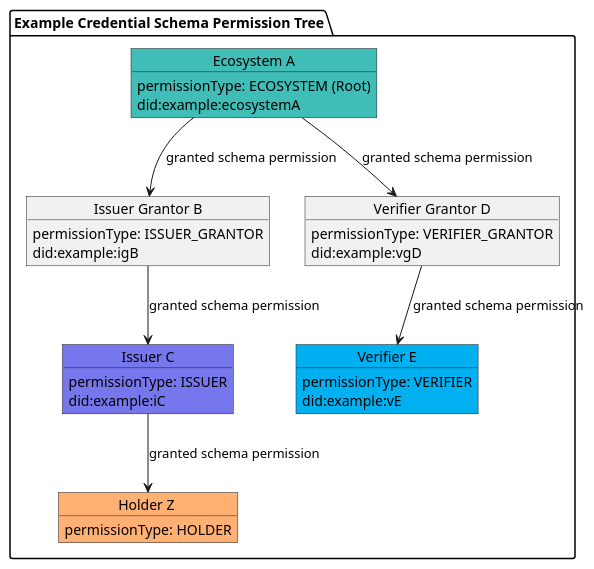
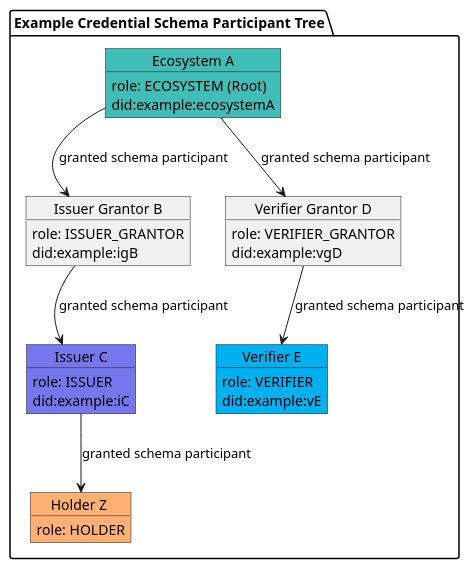
One commit to verana-labs/verifiable-trust-spec changed the third of 6 diagrams in spec.md. Above: the diagram before and after it, drawn with PlantUML. The commit also changed other lines of this file and 4 other files, not shown here.

````diff
--- a/spec.md
+++ b/spec.md
@@ -349,46 +358,46 @@
 ```plantuml
 
 @startuml
 scale max 800 width
  
-package "Example Credential Schema Permission Tree" as cs {
+package "Example Credential Schema Participant Tree" as cs {
 
     object "Ecosystem A" as tr #3fbdb6 {
-        permissionType: ECOSYSTEM (Root)
+        role: ECOSYSTEM (Root)
         did:example:ecosystemA
     }
     object "Issuer Grantor B" as ig {
-        permissionType: ISSUER_GRANTOR
+        role: ISSUER_GRANTOR
         did:example:igB
     }
     object "Issuer C" as issuer #7677ed  {
-        permissionType: ISSUER
+        role: ISSUER
         did:example:iC
     }
     object "Verifier Grantor D" as vg {
-        permissionType: VERIFIER_GRANTOR
+        role: VERIFIER_GRANTOR
         did:example:vgD
     }
     object "Verifier E" as verifier #00b0f0 {
-        permissionType: VERIFIER
+        role: VERIFIER
         did:example:vE
     }
 
     object "Holder Z " as holder #FFB073 {
-        permissionType: HOLDER
+        role: HOLDER
     }
 }
 
 
 
-tr --> ig : granted schema permission
-ig --> issuer : granted schema permission
+tr --> ig : granted schema participant
+ig --> issuer : granted schema participant
 
-tr --> vg : granted schema permission
-vg --> verifier : granted schema permission
+tr --> vg : granted schema participant
+vg --> verifier : granted schema participant
 
-issuer --> holder: granted schema permission
+issuer --> holder: granted schema participant
 
 @enduml
 
 ```
````
